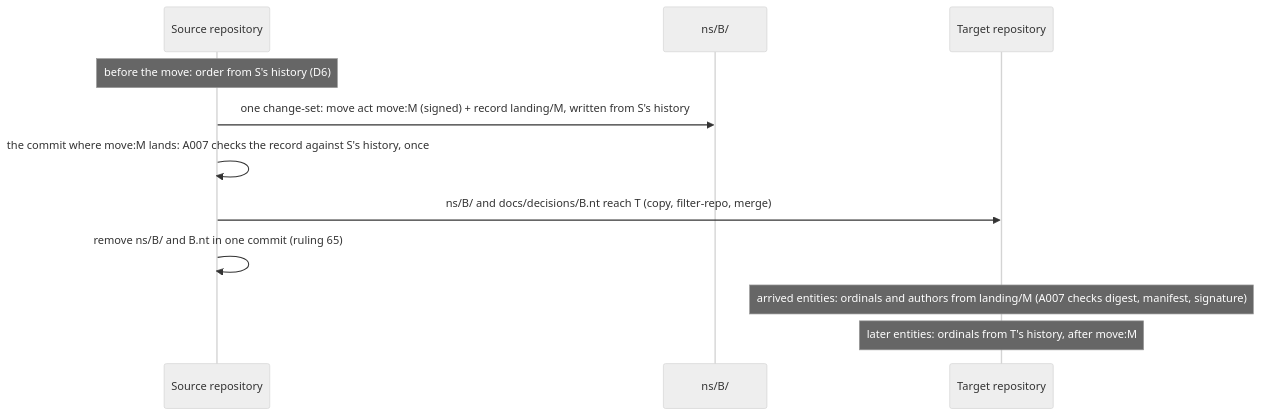
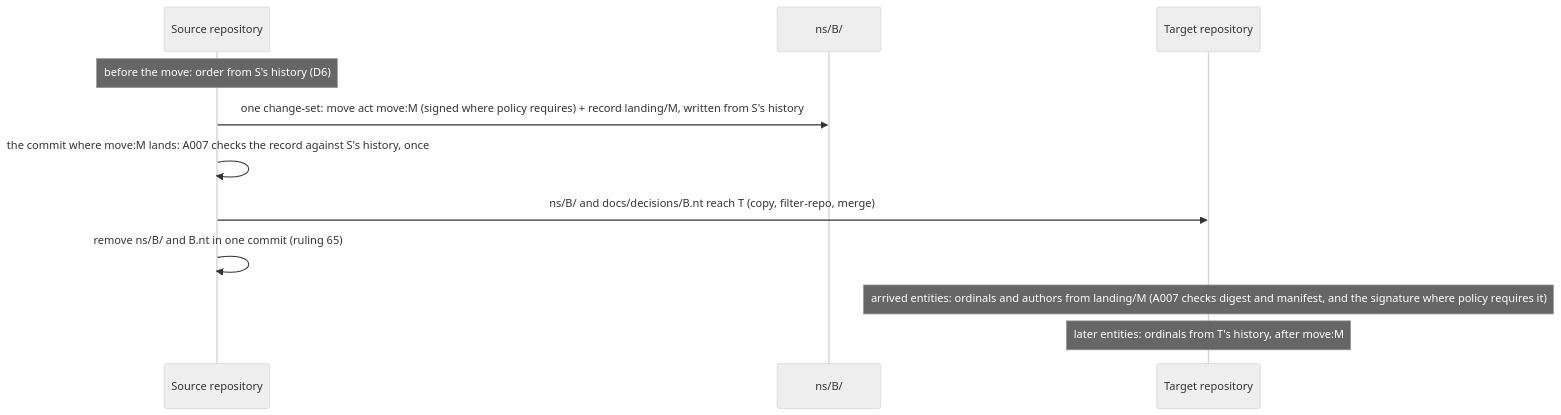
Before and after one commit to mindovermachine-dev/product-cli: the second of 2 diagrams in ledger/prd/namespace-independence-prd.md, drawn with Mermaid (neutral theme). The commit also changed other lines of this file and 2 other files, not shown here.

````diff
--- a/ledger/prd/namespace-independence-prd.md
+++ b/ledger/prd/namespace-independence-prd.md
@@ -460,13 +468,13 @@
 ```mermaid
 sequenceDiagram
   participant S as Source repository
   participant N as ns/B/
   participant T as Target repository
   Note over S: before the move: order from S's history (D6)
-  S->>N: one change-set: move act move:M (signed) + record landing/M, written from S's history
+  S->>N: one change-set: move act move:M (signed where policy requires) + record landing/M, written from S's history
   S->>S: the commit where move:M lands: A007 checks the record against S's history, once
   S->>T: ns/B/ and docs/decisions/B.nt reach T (copy, filter-repo, merge)
   S->>S: remove ns/B/ and B.nt in one commit (ruling 65)
-  Note over T: arrived entities: ordinals and authors from landing/M (A007 checks digest, manifest, signature)
+  Note over T: arrived entities: ordinals and authors from landing/M (A007 checks digest and manifest, and the signature where policy requires it)
   Note over T: later entities: ordinals from T's history, after move:M
 ```
````
